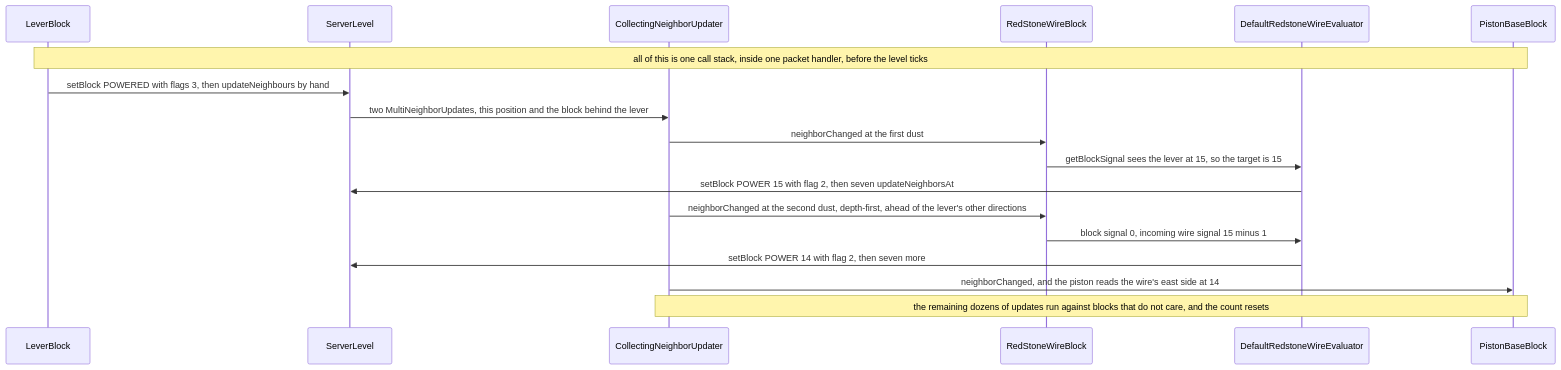
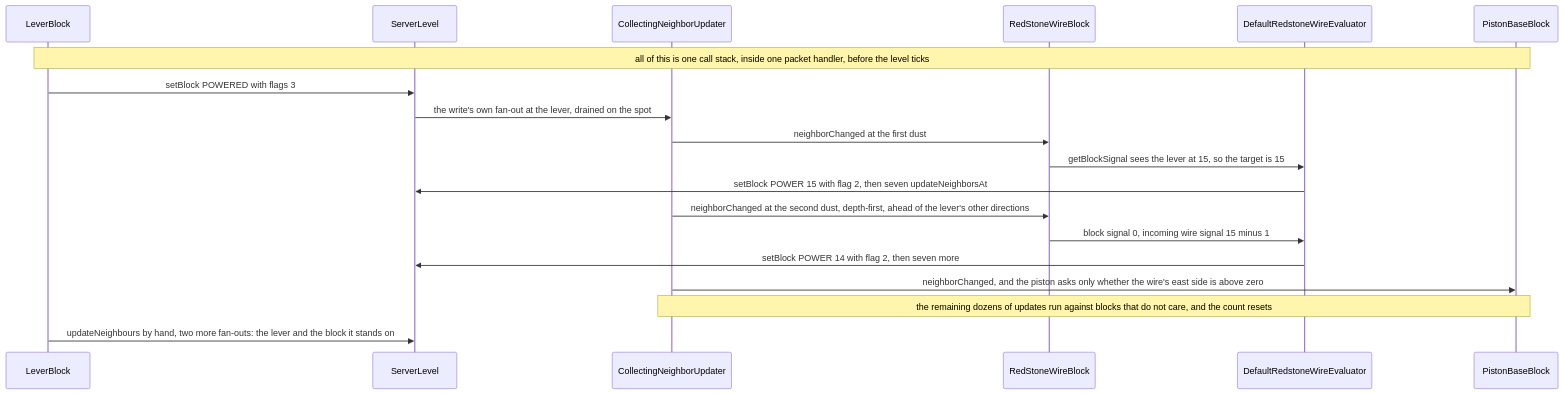
One commit to AlexanderjFraser/MinecraftDocs changed the second of 2 diagrams in src/systems/blocks/signal-and-dust.md. Above: the diagram before and after it, drawn with Mermaid. The commit also changed other lines of this file and 13 other files, not shown here.

````diff
--- a/src/systems/blocks/signal-and-dust.md
+++ b/src/systems/blocks/signal-and-dust.md
@@ -170,20 +187,21 @@
 ```mermaid
 sequenceDiagram
     participant LevB as LeverBlock
     participant SL as ServerLevel
     participant CNU as CollectingNeighborUpdater
     participant RSWB as RedStoneWireBlock
     participant DRWE as DefaultRedstoneWireEvaluator
     participant PBB as PistonBaseBlock
     Note over LevB,PBB: all of this is one call stack, inside one packet handler, before the level ticks
-    LevB->>SL: setBlock POWERED with flags 3, then updateNeighbours by hand
-    SL->>CNU: two MultiNeighborUpdates, this position and the block behind the lever
+    LevB->>SL: setBlock POWERED with flags 3
+    SL->>CNU: the write's own fan-out at the lever, drained on the spot
     CNU->>RSWB: neighborChanged at the first dust
     RSWB->>DRWE: getBlockSignal sees the lever at 15, so the target is 15
     DRWE->>SL: setBlock POWER 15 with flag 2, then seven updateNeighborsAt
     CNU->>RSWB: neighborChanged at the second dust, depth-first, ahead of the lever's other directions
     RSWB->>DRWE: block signal 0, incoming wire signal 15 minus 1
     DRWE->>SL: setBlock POWER 14 with flag 2, then seven more
-    CNU->>PBB: neighborChanged, and the piston reads the wire's east side at 14
+    CNU->>PBB: neighborChanged, and the piston asks only whether the wire's east side is above zero
     Note over CNU,PBB: the remaining dozens of updates run against blocks that do not care, and the count resets
+    LevB->>SL: updateNeighbours by hand, two more fan-outs: the lever and the block it stands on
 ```
````
